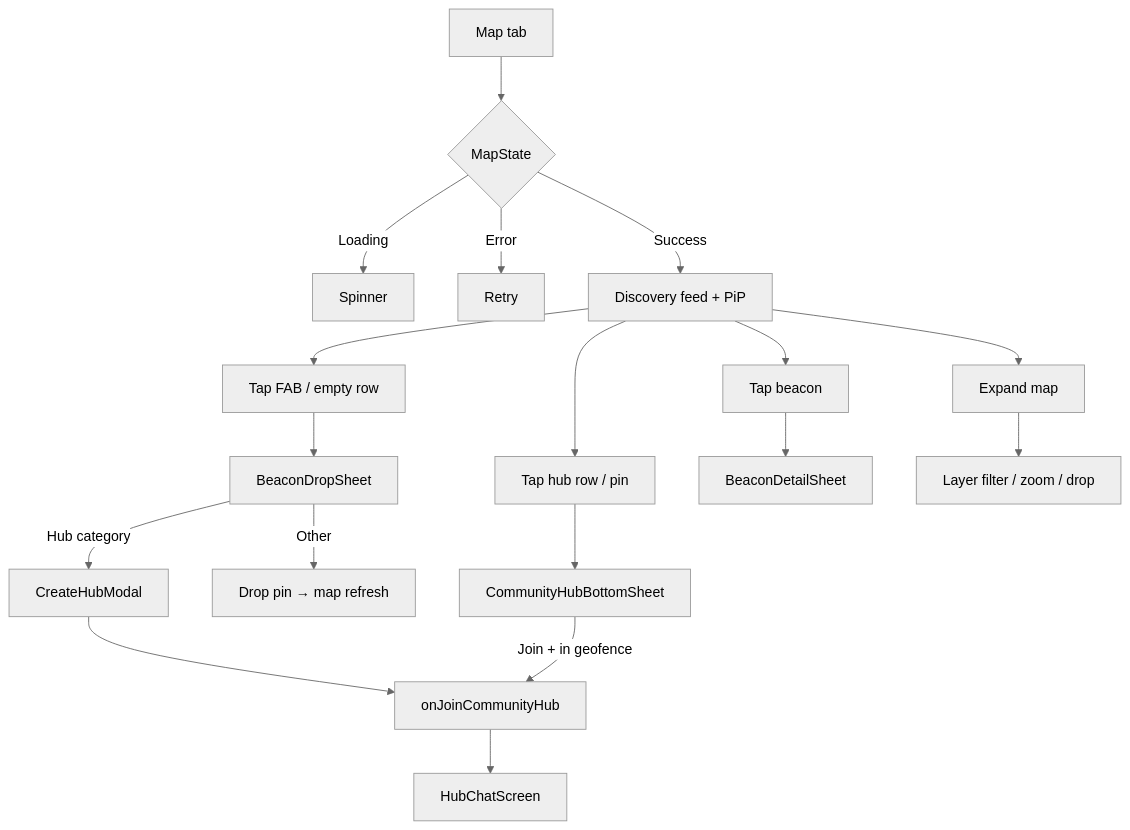
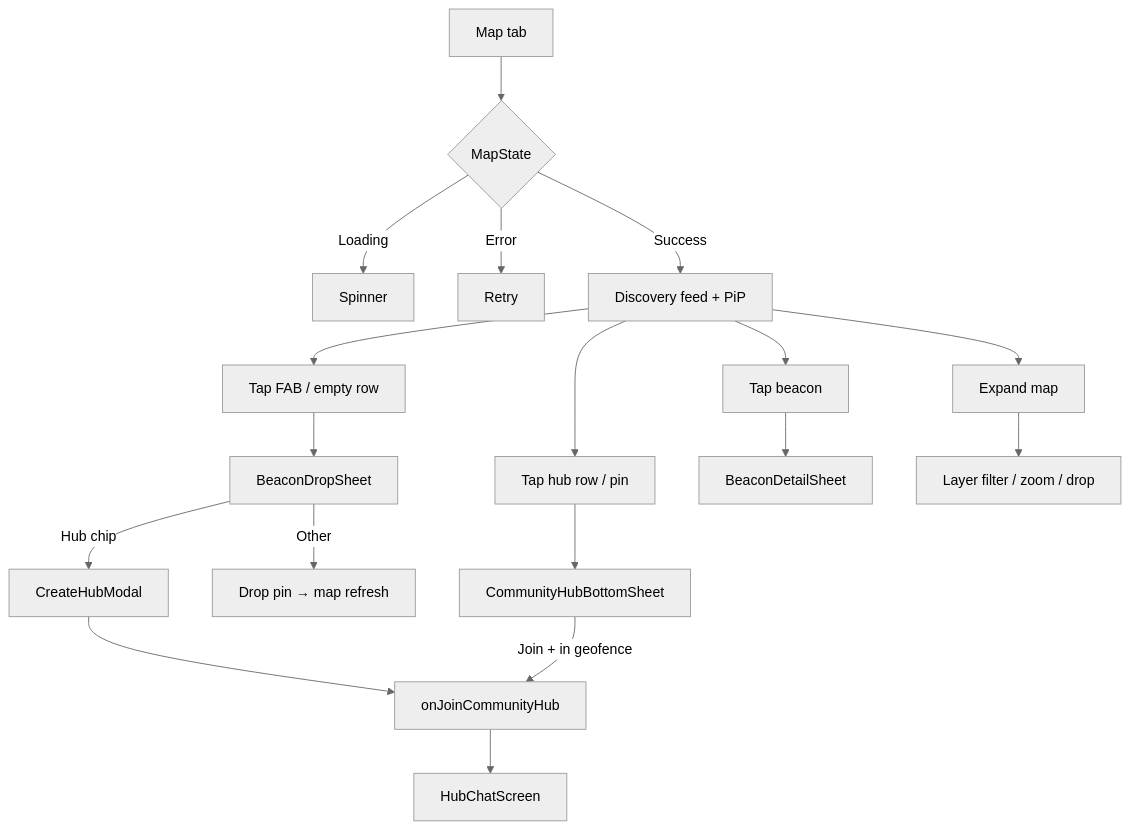
The diagram in docs/ui-ux/mobile/10-map-beacons-hubs.md (lightningbolts/click), drawn with Mermaid (neutral theme) before and after one commit. The commit also changed other lines of this file and 44 other files, not shown here.

First line of the commit message:
Fix beacon photos, persistent auth, hub flow, pile physics, and glass headers (#76)

````diff
--- a/docs/ui-ux/mobile/10-map-beacons-hubs.md
+++ b/docs/ui-ux/mobile/10-map-beacons-hubs.md
@@ -389,20 +385,20 @@
 ```mermaid
 flowchart TD
     A[Map tab] --> B{MapState}
     B -->|Loading| C[Spinner]
     B -->|Error| D[Retry]
     B -->|Success| E[Discovery feed + PiP]
     E --> F[Tap FAB / empty row]
     F --> G[BeaconDropSheet]
-    G -->|Hub category| H[CreateHubModal]
+    G -->|Hub chip| H[CreateHubModal]
     G -->|Other| I[Drop pin → map refresh]
     H --> J[onJoinCommunityHub]
     E --> K[Tap hub row / pin]
     K --> L[CommunityHubBottomSheet]
     L -->|Join + in geofence| J
     J --> M[HubChatScreen]
     E --> N[Tap beacon]
     N --> O[BeaconDetailSheet]
     E --> O2[Expand map]
     O2 --> P[Layer filter / zoom / drop]
 ```
````
